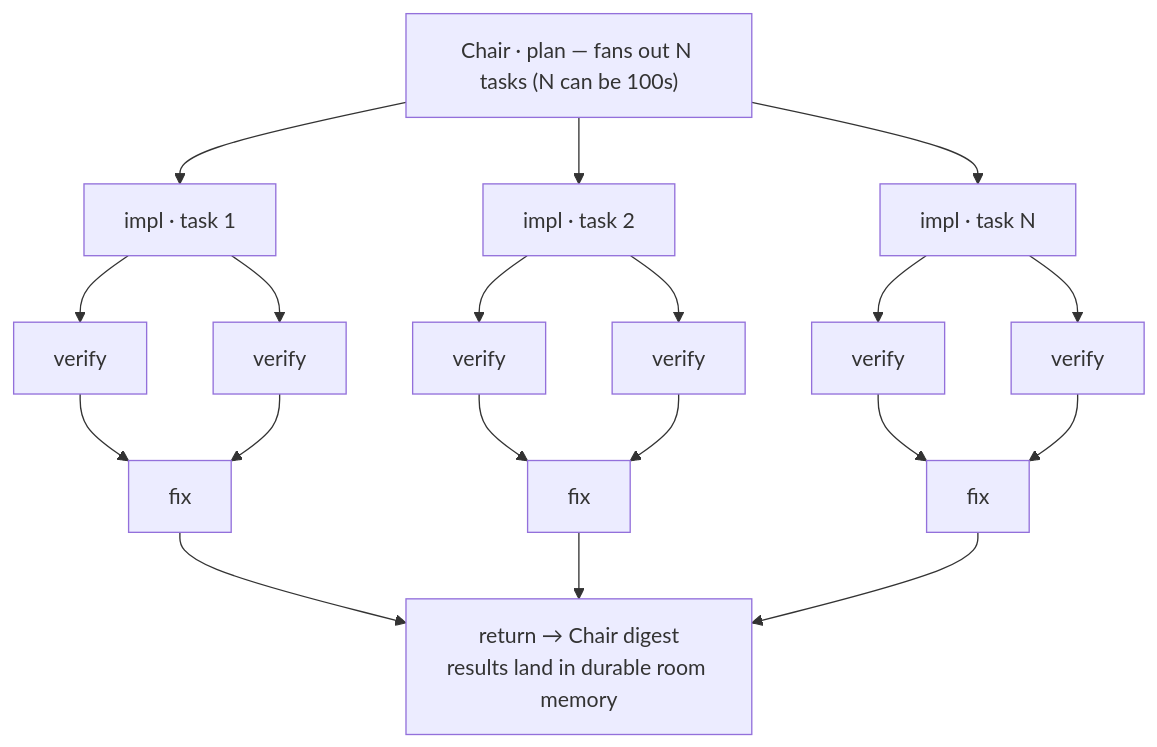
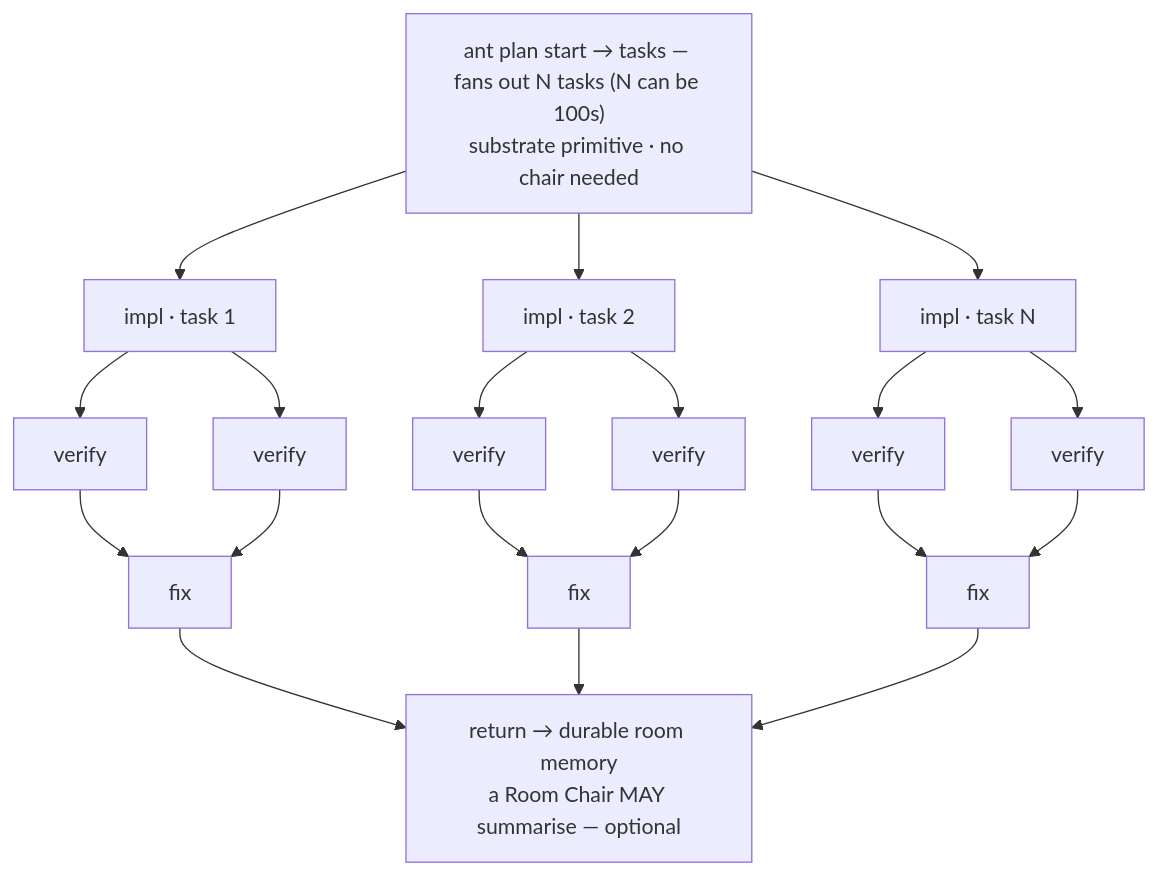
One commit to Jktfe/a-nice-terminal changed the second of 2 diagrams in docs/ant-agent-cluster-workflow-research-2026-05-31.md. Above: the diagram before and after it, drawn with Mermaid. The commit also changed other lines of this file and 1 other file, not shown here.

````diff
--- a/docs/ant-agent-cluster-workflow-research-2026-05-31.md
+++ b/docs/ant-agent-cluster-workflow-research-2026-05-31.md
@@ -90,14 +79,12 @@
 ```mermaid
 flowchart TB
-  Plan["Chair · plan — fans out N tasks (N can be 100s)"]
-  Plan --> I1["impl · task 1"]
-  Plan --> I2["impl · task 2"]
-  Plan --> IN["impl · task N"]
+  Plan["ant plan start → tasks — fans out N tasks (N can be 100s)<br/>substrate primitive · no chair needed"]
+  Plan --> I1["impl · task 1"] & I2["impl · task 2"] & IN["impl · task N"]
   I1 --> V1a["verify"] & V1b["verify"]
   I2 --> V2a["verify"] & V2b["verify"]
   IN --> VNa["verify"] & VNb["verify"]
   V1a & V1b --> F1["fix"]
   V2a & V2b --> F2["fix"]
   VNa & VNb --> FN["fix"]
-  F1 & F2 & FN --> Done["return → Chair digest<br/>results land in durable room memory"]
+  F1 & F2 & FN --> Done["return → durable room memory<br/>a Room Chair MAY summarise — optional"]
 ```
````
